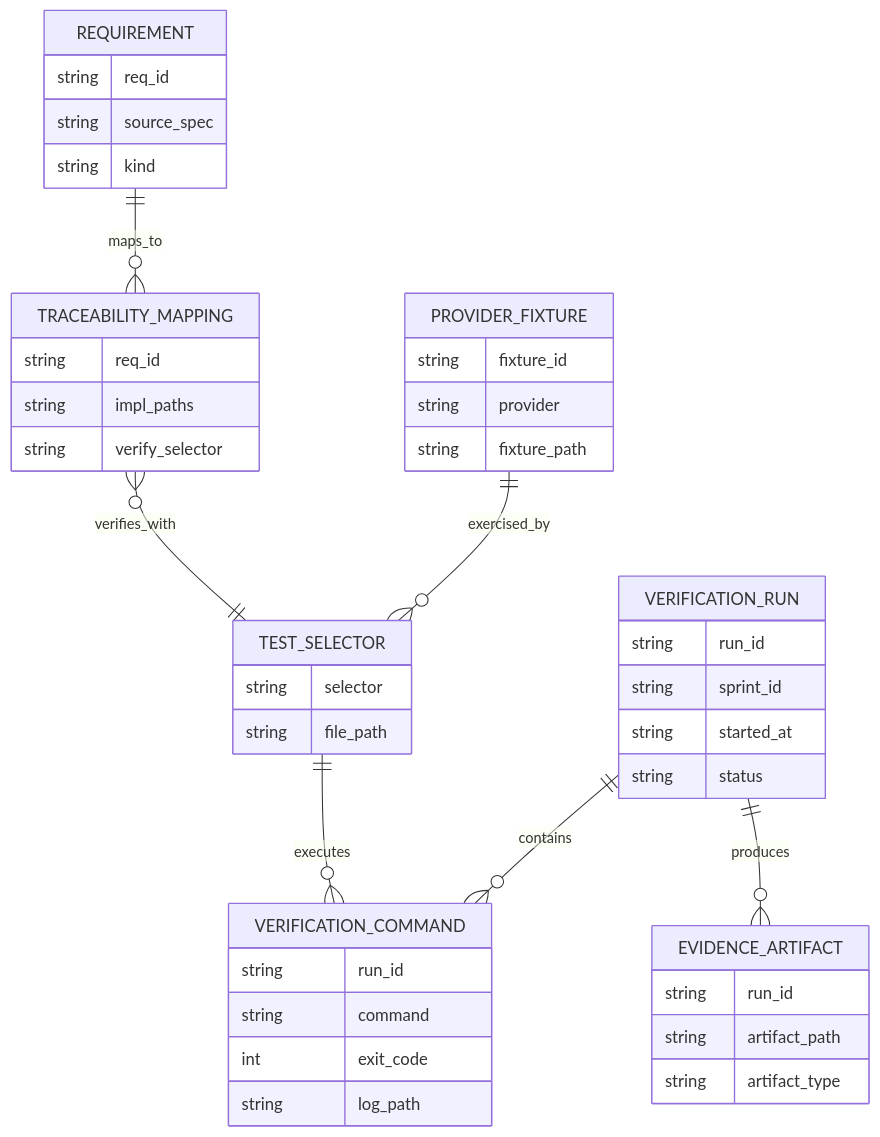
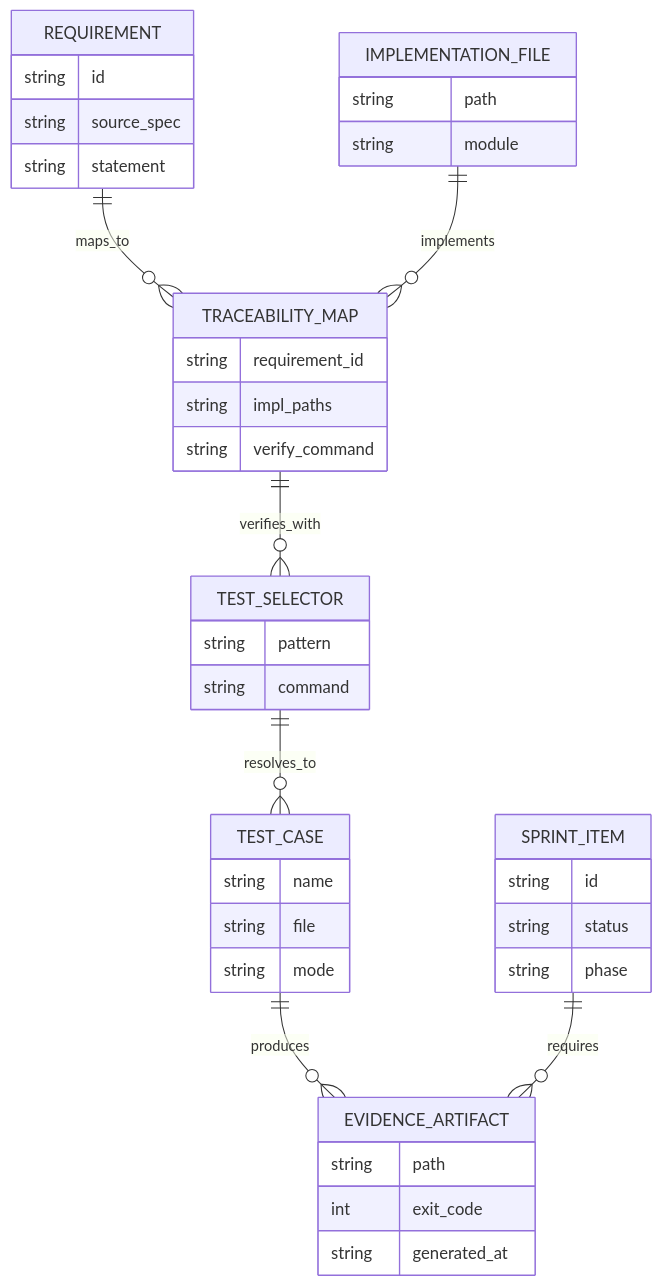
Before and after one commit to jaytaylor/attractor-tcl: the second of 5 diagrams in docs/sprints/SPRINT-005-comprehensive-implementation-plan.md, drawn with Mermaid. The commit also changed other lines of this file, not shown here.

Commit message:
docs: refresh sprint 005 comprehensive implementation plan structure

````diff
--- a/docs/sprints/SPRINT-005-comprehensive-implementation-plan.md
+++ b/docs/sprints/SPRINT-005-comprehensive-implementation-plan.md
@@ -1634,46 +620,43 @@
 ```mermaid
 erDiagram
-  REQUIREMENT ||--o{ TRACEABILITY_MAPPING : maps_to
-  TRACEABILITY_MAPPING }o--|| TEST_SELECTOR : verifies_with
-  TEST_SELECTOR ||--o{ VERIFICATION_COMMAND : executes
-  VERIFICATION_RUN ||--o{ VERIFICATION_COMMAND : contains
-  VERIFICATION_RUN ||--o{ EVIDENCE_ARTIFACT : produces
-  PROVIDER_FIXTURE ||--o{ TEST_SELECTOR : exercised_by
+  REQUIREMENT ||--o{ TRACEABILITY_MAP : maps_to
+  TRACEABILITY_MAP ||--o{ TEST_SELECTOR : verifies_with
+  TEST_SELECTOR ||--o{ TEST_CASE : resolves_to
+  TEST_CASE ||--o{ EVIDENCE_ARTIFACT : produces
+  IMPLEMENTATION_FILE ||--o{ TRACEABILITY_MAP : implements
+  SPRINT_ITEM ||--o{ EVIDENCE_ARTIFACT : requires
 
   REQUIREMENT {
-    string req_id
+    string id
     string source_spec
-    string kind
+    string statement
   }
-  TRACEABILITY_MAPPING {
-    string req_id
+  TRACEABILITY_MAP {
+    string requirement_id
     string impl_paths
-    string verify_selector
+    string verify_command
   }
   TEST_SELECTOR {
-    string selector
-    string file_path
+    string pattern
+    string command
   }
-  VERIFICATION_RUN {
-    string run_id
-    string sprint_id
-    string started_at
-    string status
-  }
-  VERIFICATION_COMMAND {
-    string run_id
-    string command
-    int exit_code
-    string log_path
+  TEST_CASE {
+    string name
+    string file
+    string mode
   }
   EVIDENCE_ARTIFACT {
-    string run_id
-    string artifact_path
-    string artifact_type
+    string path
+    int exit_code
+    string generated_at
   }
-  PROVIDER_FIXTURE {
-    string fixture_id
-    string provider
-    string fixture_path
+  IMPLEMENTATION_FILE {
+    string path
+    string module
+  }
+  SPRINT_ITEM {
+    string id
+    string status
+    string phase
   }
 ```
````
